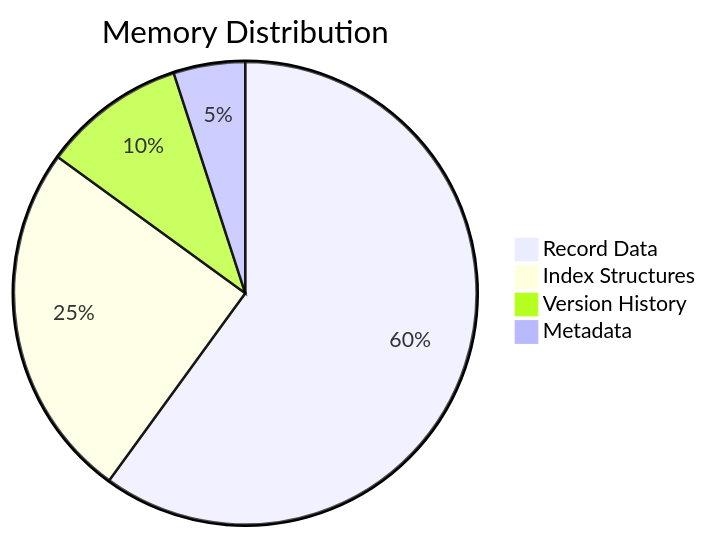
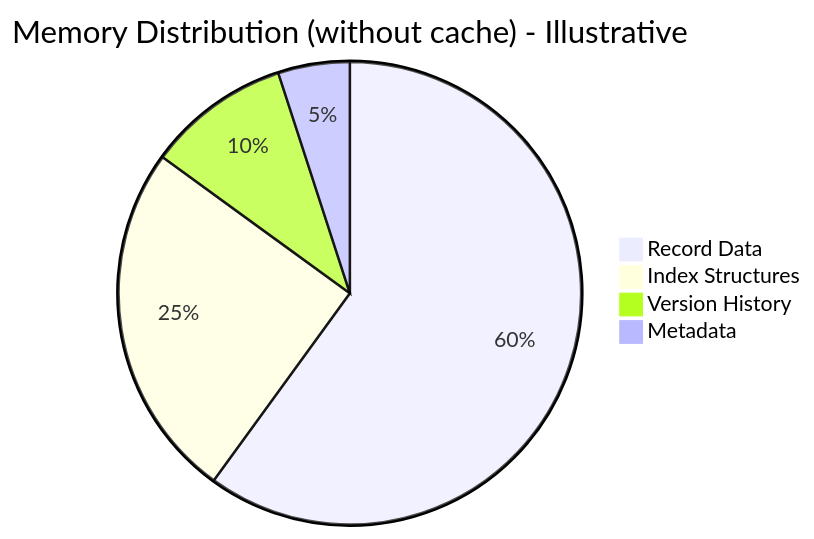
Before and after one commit to avoidwork/haro: the seventh of 9 diagrams in docs/TECHNICAL_DOCUMENTATION.md, drawn with Mermaid. The commit also changed other lines of this file and 54 other files, not shown here.

````diff
--- a/docs/TECHNICAL_DOCUMENTATION.md
+++ b/docs/TECHNICAL_DOCUMENTATION.md
@@ -298,7 +472,7 @@
 ```mermaid
-pie title Memory Distribution
+pie title Memory Distribution (without cache) - Illustrative
     "Record Data" : 60
     "Index Structures" : 25
     "Version History" : 10
     "Metadata" : 5
 ```
````
